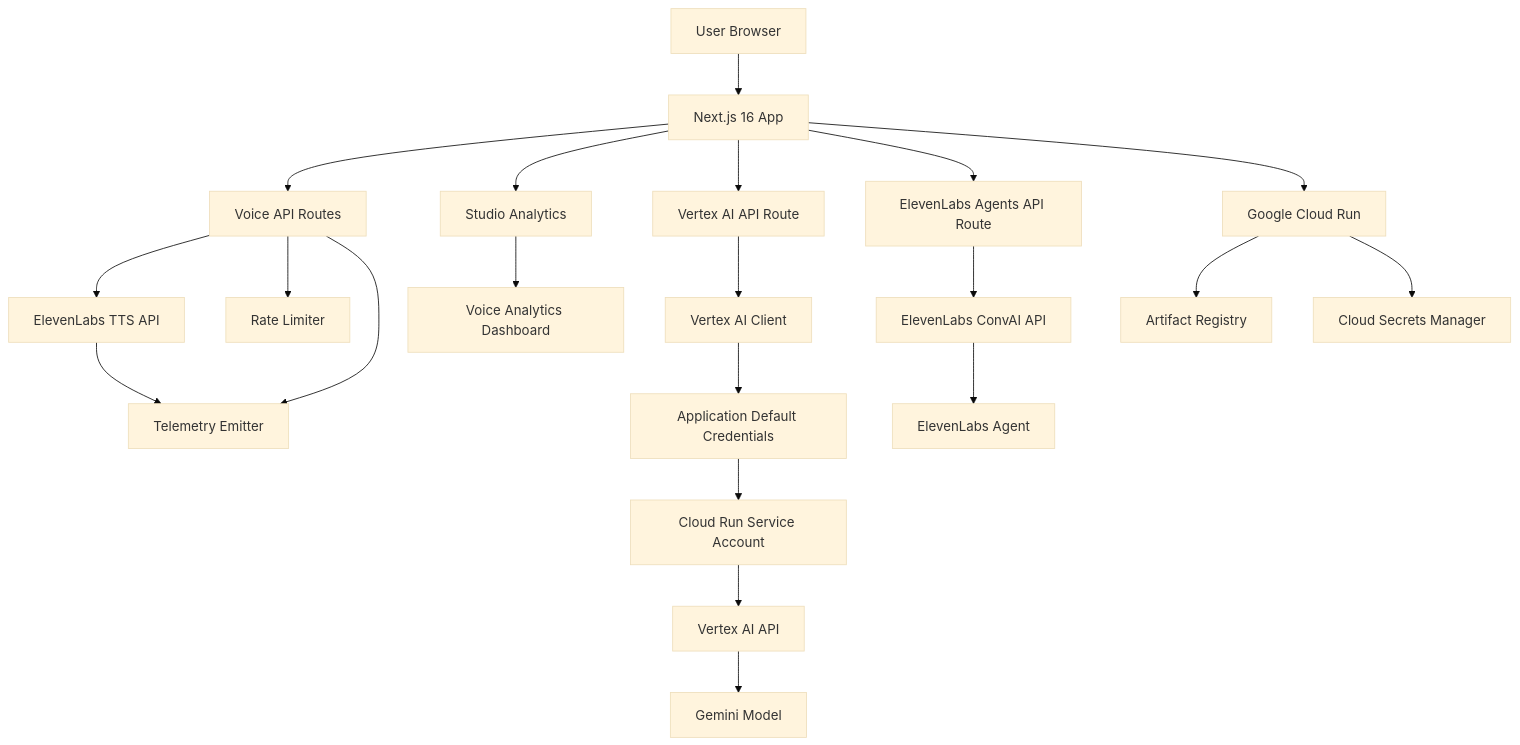
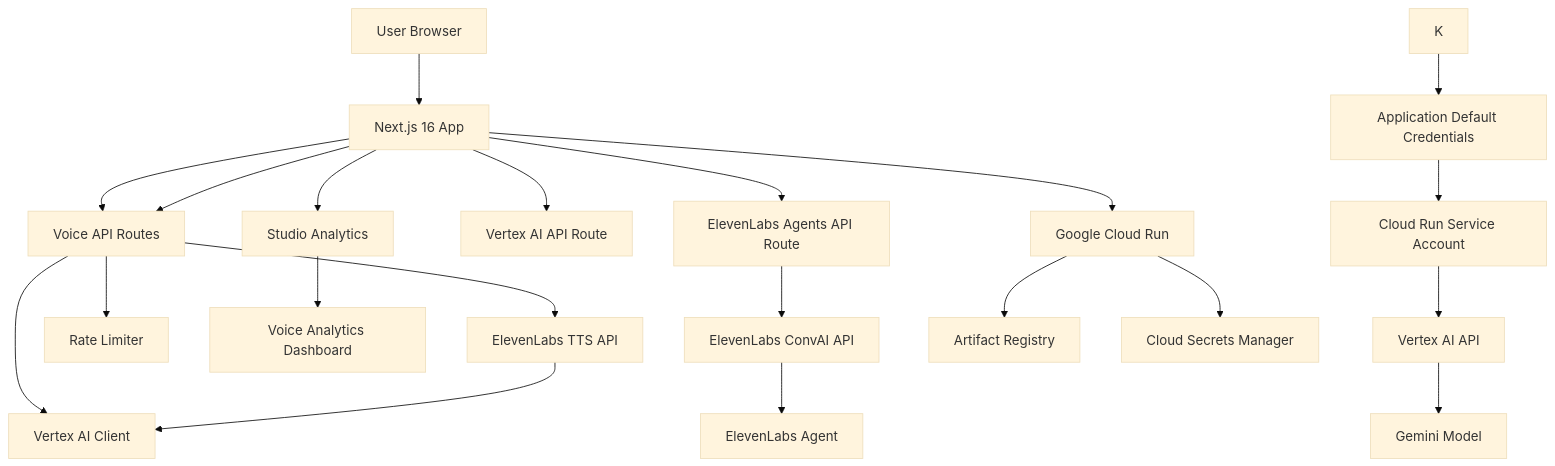
One commit to sofus-deng/lessonarcade changed the diagram in README.md. Above: the diagram before and after it, drawn with Mermaid (base theme). The commit also changed other lines of this file and 20 other files, not shown here.

````diff
--- a/README.md
+++ b/README.md
@@ -320,23 +325,22 @@
 ```mermaid
 graph TB
     A[User Browser] --> B[Next.js 16 App]
     B --> C[Voice API Routes]
     B --> D[Studio Analytics]
     B --> E[Vertex AI API Route]
     B --> F[ElevenLabs Agents API Route]
-    C --> G[ElevenLabs TTS API]
+    B --> C --> G[ElevenLabs TTS API]
     C --> H[Rate Limiter]
     C --> I[Telemetry Emitter]
     D --> J[Voice Analytics Dashboard]
-    G --> I
-    E --> K[Vertex AI Client]
+    G --> I[Vertex AI Client]
     K --> L[Application Default Credentials]
     L --> M[Cloud Run Service Account]
     M --> N[Vertex AI API]
     N --> O[Gemini Model]
     F --> P[ElevenLabs ConvAI API]
     P --> Q[ElevenLabs Agent]
     B --> R[Google Cloud Run]
     R --> S[Artifact Registry]
     R --> T[Cloud Secrets Manager]
 ```
````
